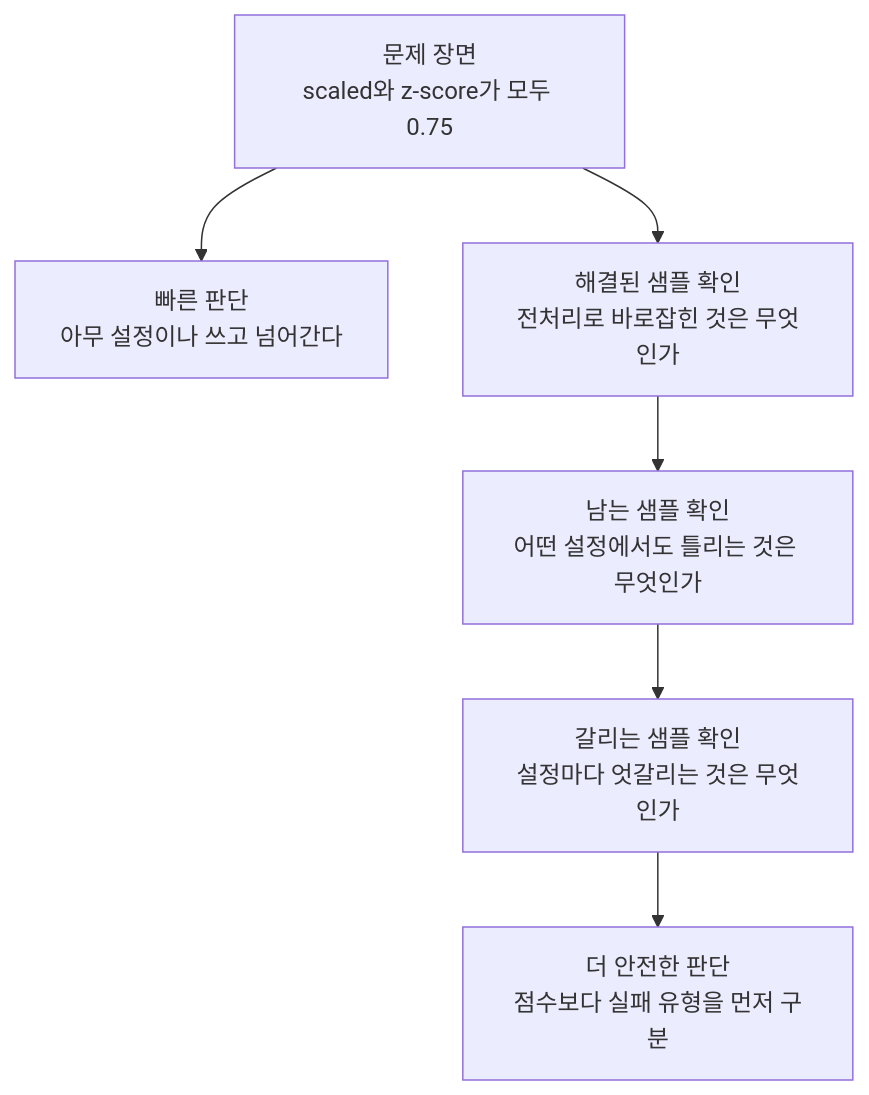
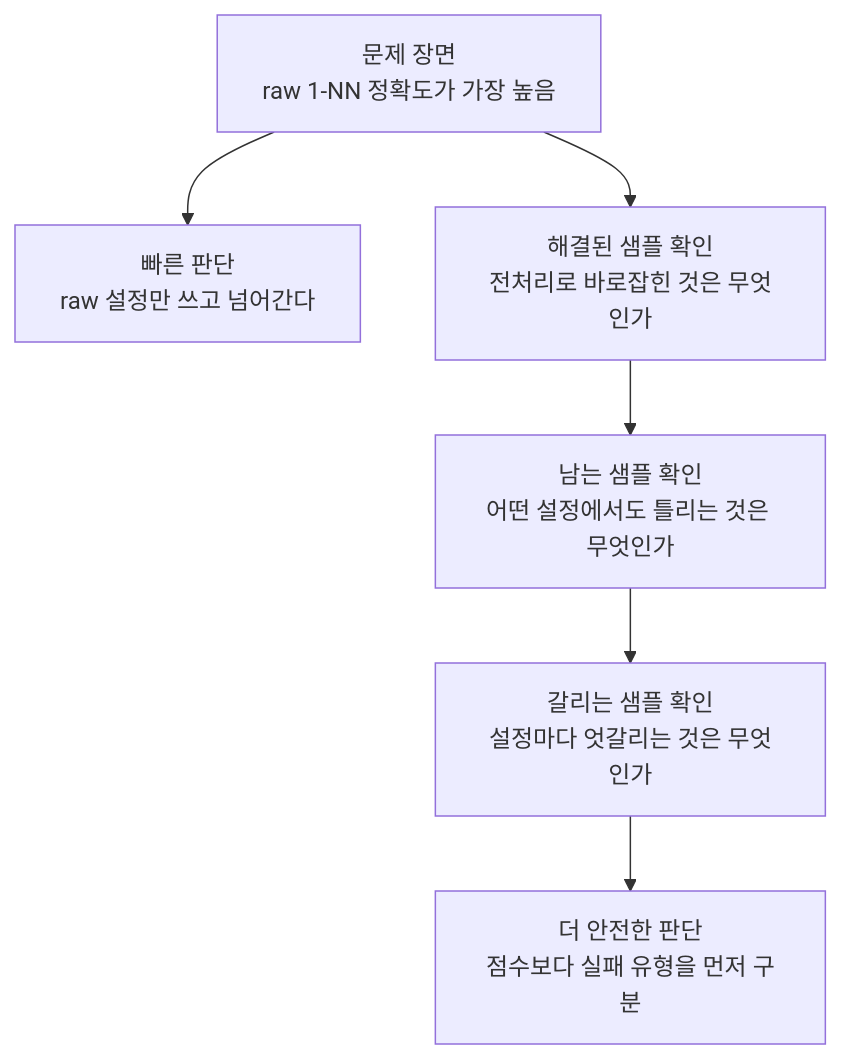
The diagram in docs/assets/part-07/chapter-02/p7-2-3-preprocessing-case-flow-ko.mmd (devchan64/AiBook), drawn with Mermaid before and after one commit. The commit also changed 4 other files, not shown here.

```diff
--- a/docs/assets/part-07/chapter-02/p7-2-3-preprocessing-case-flow-ko.mmd
+++ b/docs/assets/part-07/chapter-02/p7-2-3-preprocessing-case-flow-ko.mmd
@@ -1,10 +1,10 @@
 flowchart TD
-  A["문제 장면<br/>scaled와 z-score가 모두 0.75"]
-  B["빠른 판단<br/>아무 설정이나 쓰고 넘어간다"]
+  A["문제 장면<br/>raw 1-NN 정확도가 가장 높음"]
+  B["빠른 판단<br/>raw 설정만 쓰고 넘어간다"]
   C["해결된 샘플 확인<br/>전처리로 바로잡힌 것은 무엇인가"]
   D["남는 샘플 확인<br/>어떤 설정에서도 틀리는 것은 무엇인가"]
   E["갈리는 샘플 확인<br/>설정마다 엇갈리는 것은 무엇인가"]
   F["더 안전한 판단<br/>점수보다 실패 유형을 먼저 구분"]
 
   A --> B
   A --> C --> D --> E --> F
```
